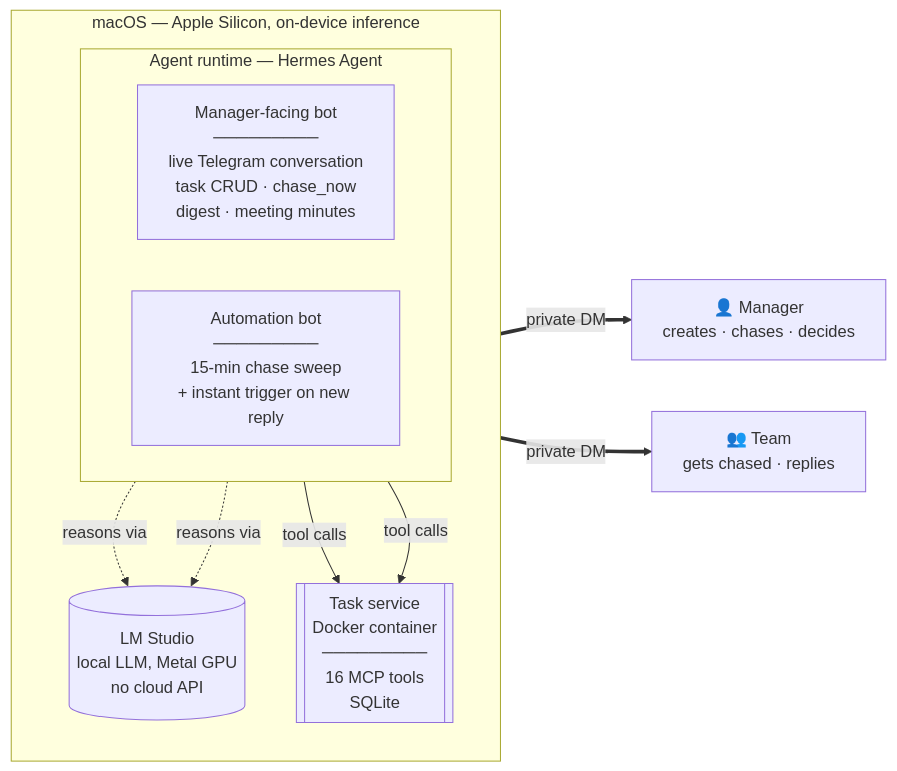
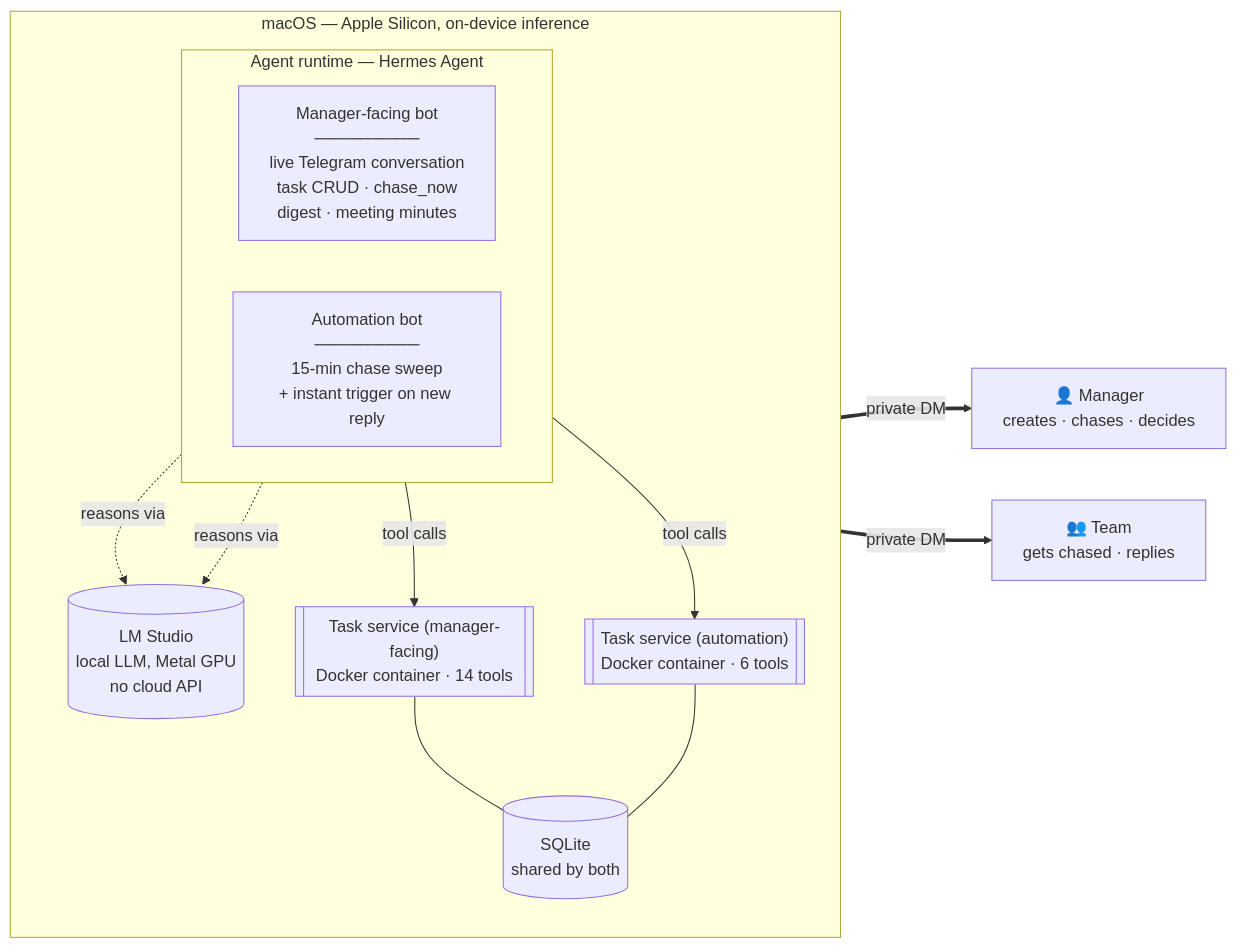
The diagram in README.md (harryruibinyeo/PM_Assistant), drawn with Mermaid before and after one commit. The commit also changed other lines of this file and 3 other files, not shown here.

````diff
--- a/README.md
+++ b/README.md
@@ -44,23 +44,27 @@
 ```mermaid
 flowchart LR
     subgraph host["macOS — Apple Silicon, on-device inference"]
         direction TB
         LM[("LM Studio<br/>local LLM, Metal GPU<br/>no cloud API")]
 
         subgraph agents["Agent runtime — Hermes Agent"]
             direction LR
             TMB["Manager-facing bot<br/>─────────<br/>live Telegram conversation<br/>task CRUD · chase_now<br/>digest · meeting minutes"]
             PCB["Automation bot<br/>─────────<br/>15-min chase sweep<br/>+ instant trigger on new reply"]
         end
 
-        MCP[["Task service<br/>Docker container<br/>─────────<br/>16 MCP tools<br/>SQLite"]]
+        MCP1[["Task service (manager-facing)<br/>Docker container · 14 tools"]]
+        MCP2[["Task service (automation)<br/>Docker container · 6 tools"]]
+        DB[("SQLite<br/>shared by both")]
 
         TMB -. reasons via .-> LM
         PCB -. reasons via .-> LM
-        TMB -->|tool calls| MCP
-        PCB -->|tool calls| MCP
+        TMB -->|tool calls| MCP1
+        PCB -->|tool calls| MCP2
+        MCP1 --- DB
+        MCP2 --- DB
     end
 
     TMB ==>|private DM| MGR["👤 Manager<br/>creates · chases · decides"]
-    MCP ==>|private DM| EMP["👥 Team<br/>gets chased · replies"]
+    MCP2 ==>|private DM| EMP["👥 Team<br/>gets chased · replies"]
 ```
````
